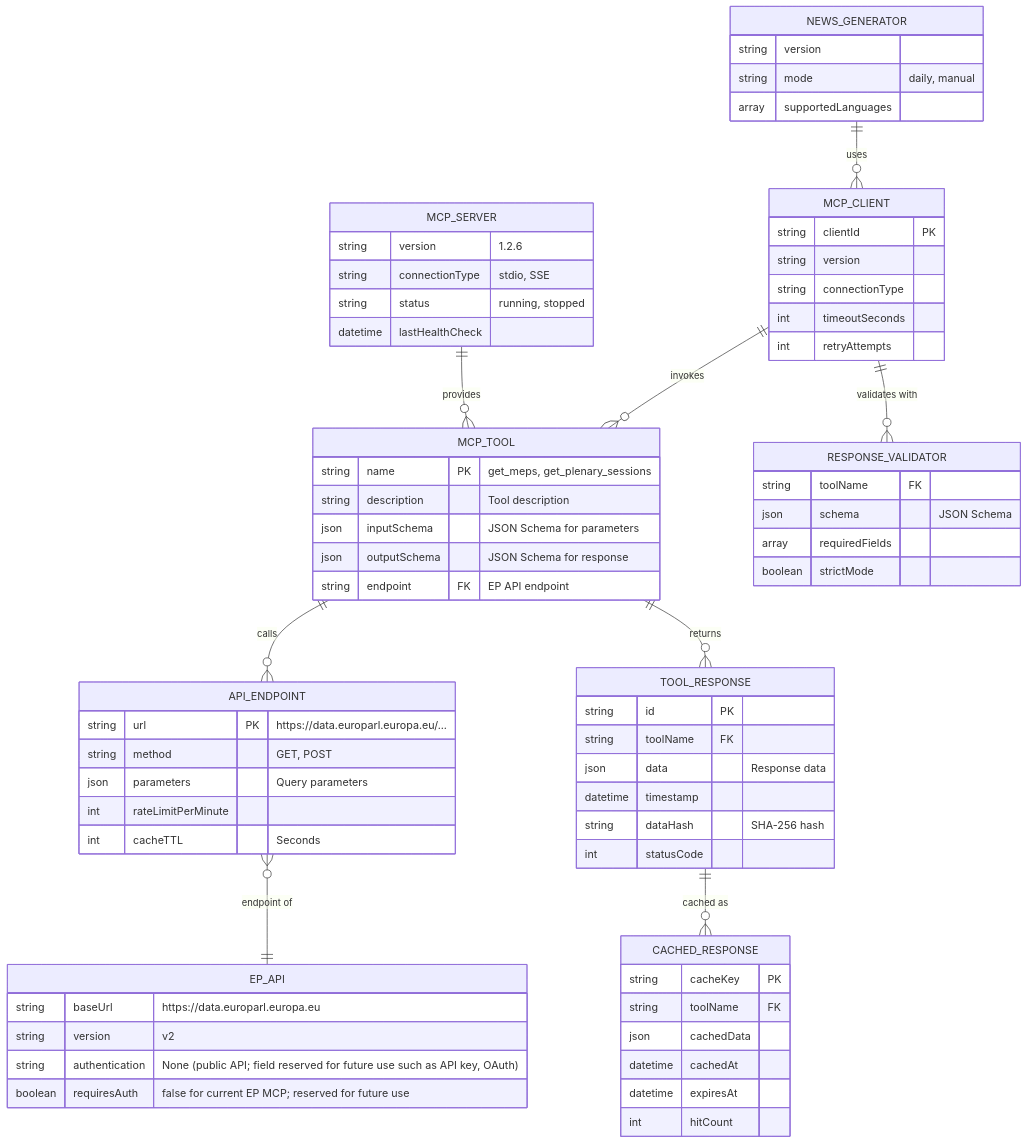
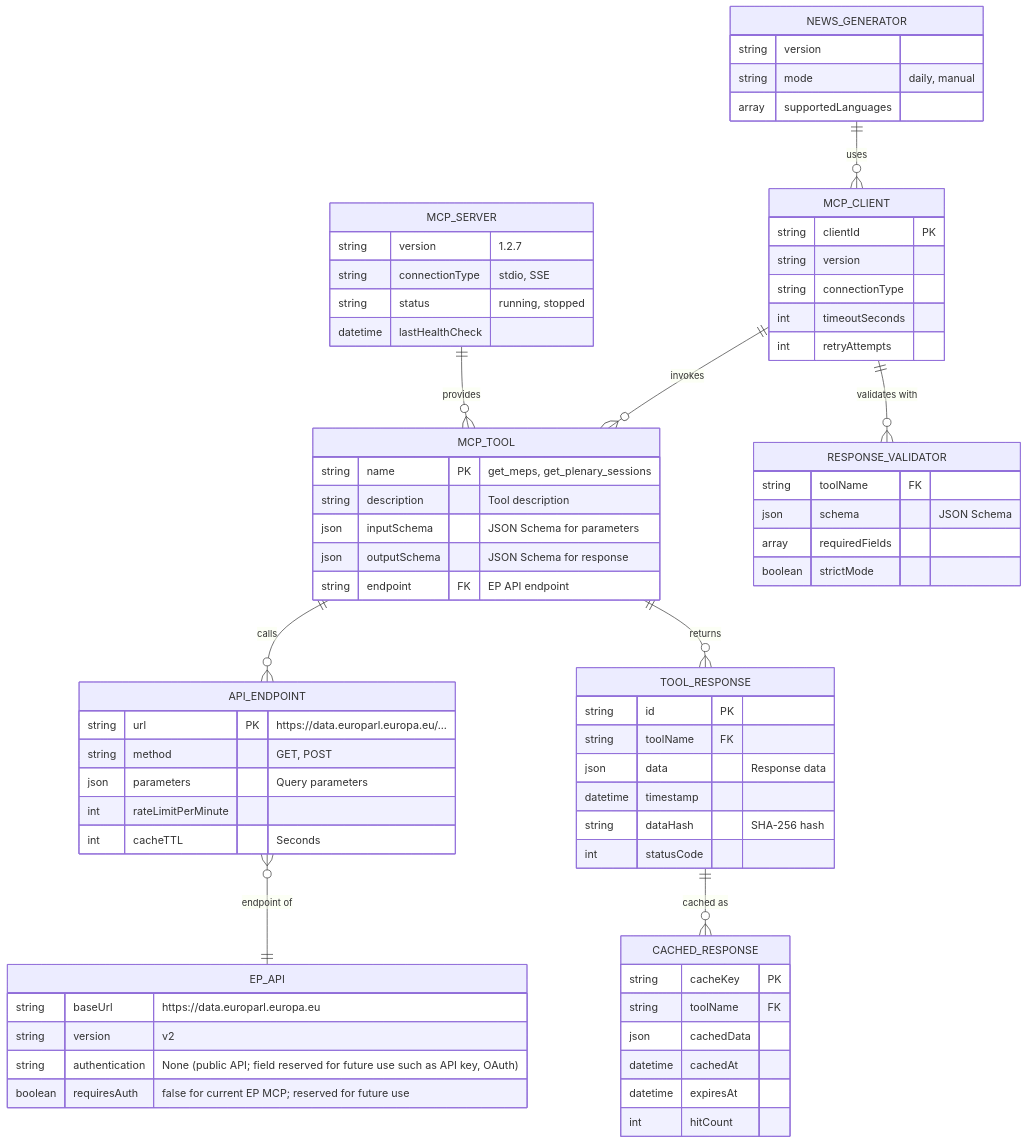
Before and after one commit to Hack23/euparliamentmonitor: the third of 9 diagrams in DATA_MODEL.md, drawn with Mermaid. The commit also changed 66 other files, not shown here.

````diff
--- a/DATA_MODEL.md
+++ b/DATA_MODEL.md
@@ -653,81 +653,81 @@
 ```mermaid
 erDiagram
     MCP_SERVER ||--o{ MCP_TOOL : "provides"
     MCP_TOOL ||--o{ API_ENDPOINT : "calls"
     API_ENDPOINT }o--|| EP_API : "endpoint of"
     MCP_TOOL ||--o{ TOOL_RESPONSE : "returns"
     TOOL_RESPONSE ||--o{ CACHED_RESPONSE : "cached as"
 
     NEWS_GENERATOR ||--o{ MCP_CLIENT : "uses"
     MCP_CLIENT ||--o{ MCP_TOOL : "invokes"
     MCP_CLIENT ||--o{ RESPONSE_VALIDATOR : "validates with"
 
     MCP_SERVER {
-        string version "1.2.6"
+        string version "1.2.7"
         string connectionType "stdio, SSE"
         string status "running, stopped"
         datetime lastHealthCheck
     }
 
     MCP_TOOL {
         string name PK "get_meps, get_plenary_sessions"
         string description "Tool description"
         json inputSchema "JSON Schema for parameters"
         json outputSchema "JSON Schema for response"
         string endpoint FK "EP API endpoint"
     }
 
     API_ENDPOINT {
         string url PK "https://data.europarl.europa.eu/..."
         string method "GET, POST"
         json parameters "Query parameters"
         int rateLimitPerMinute
         int cacheTTL "Seconds"
     }
 
     EP_API {
         string baseUrl "https://data.europarl.europa.eu"
         string version "v2"
         string authentication "None (public API; field reserved for future use such as API key, OAuth)"
         boolean requiresAuth "false for current EP MCP; reserved for future use"
     }
 
     TOOL_RESPONSE {
         string id PK
         string toolName FK
         json data "Response data"
         datetime timestamp
         string dataHash "SHA-256 hash"
         int statusCode
     }
 
     CACHED_RESPONSE {
         string cacheKey PK
         string toolName FK
         json cachedData
         datetime cachedAt
         datetime expiresAt
         int hitCount
     }
 
     MCP_CLIENT {
         string clientId PK
         string version
         string connectionType
         int timeoutSeconds
         int retryAttempts
     }
 
     RESPONSE_VALIDATOR {
         string toolName FK
         json schema "JSON Schema"
         array requiredFields
         boolean strictMode
     }
 
     NEWS_GENERATOR {
         string version
         string mode "daily, manual"
         array supportedLanguages
     }
 ```
````
